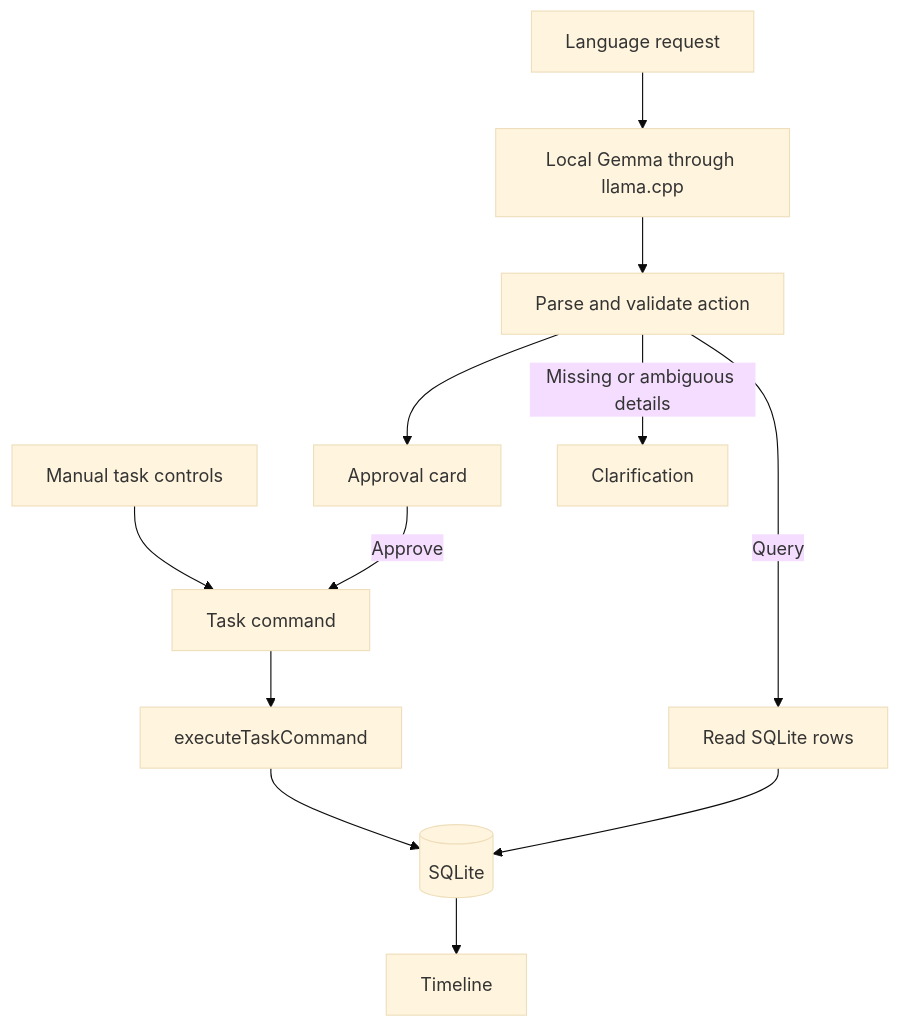
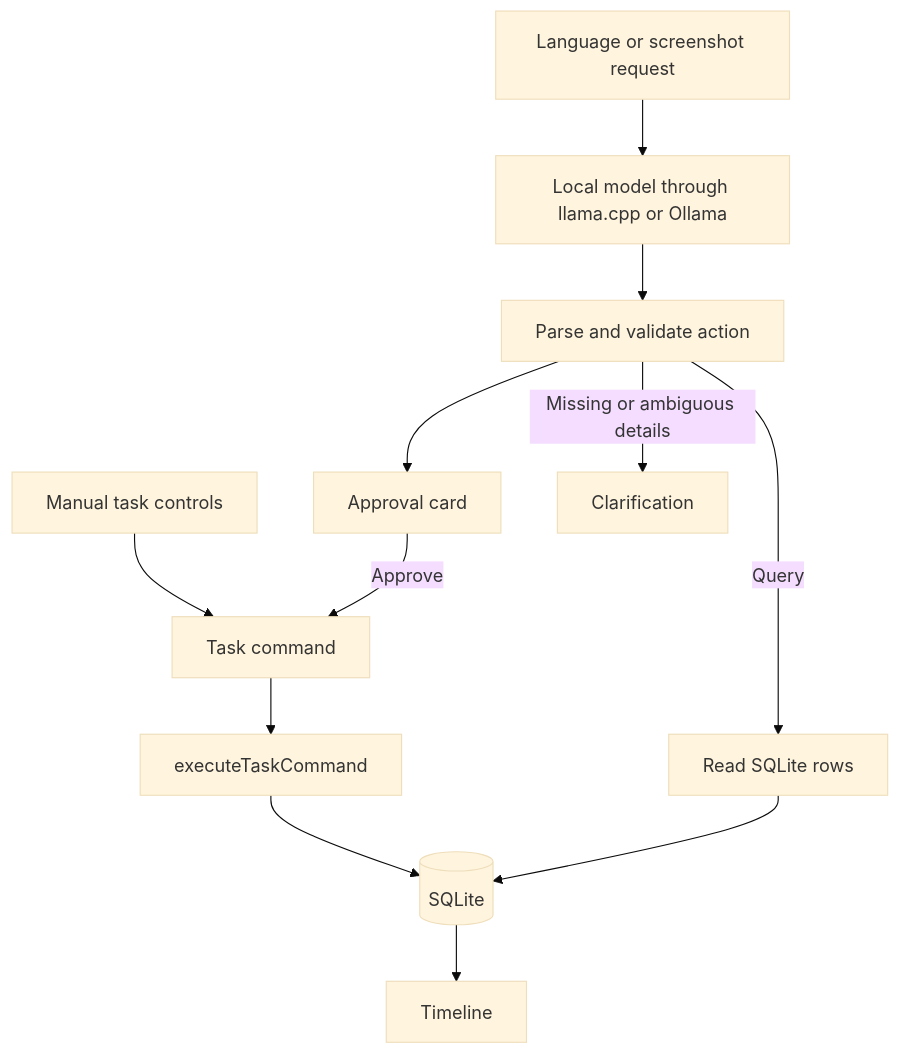
The diagram in README.md (S-Srinivasan-06/Taskflow-Local-hacktoberfest-weekend), drawn with Mermaid (base theme) before and after one commit. The commit also changed other lines of this file and 7 other files, not shown here.

````diff
--- a/README.md
+++ b/README.md
@@ -249,14 +372,14 @@
 ```mermaid
 flowchart TD
   Manual[Manual task controls] --> Command[Task command]
-  Text[Language request] --> Model[Local Gemma through llama.cpp]
+  Text[Language or screenshot request] --> Model[Local model through llama.cpp or Ollama]
   Model --> Validate[Parse and validate action]
   Validate --> Approval[Approval card]
   Approval -->|Approve| Command
   Command --> Service[executeTaskCommand]
   Service --> DB[(SQLite)]
   DB --> Timeline[Timeline]
   Validate -->|Query| Read[Read SQLite rows]
   Read --> DB
   Validate -->|Missing or ambiguous details| Clarify[Clarification]
 ```
````
